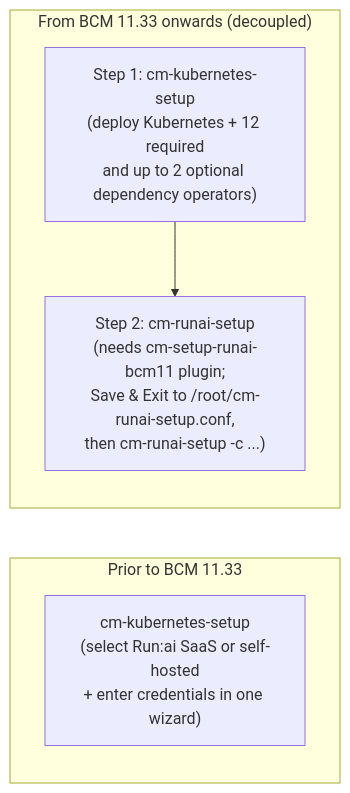
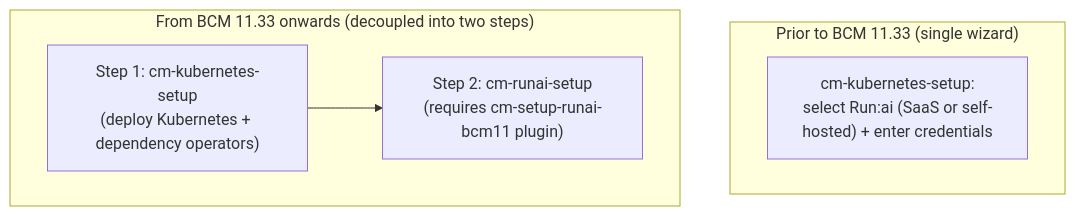
The third of 3 diagrams in docs/part-08-bcm/16-mission-control-dgx-cloud-and-autonomous-recovery-concepts.md (jithinpnjm/ai-infra-handbook), drawn with Mermaid before and after one commit. The commit also changed other lines of this file and 77 other files, not shown here.

````diff
--- a/docs/part-08-bcm/16-mission-control-dgx-cloud-and-autonomous-recovery-concepts.md
+++ b/docs/part-08-bcm/16-mission-control-dgx-cloud-and-autonomous-recovery-concepts.md
@@ -195,9 +195,10 @@
 ```mermaid
-flowchart LR
-  subgraph PRE["Prior to BCM 11.33"]
-    K1["cm-kubernetes-setup<br/>(select Run:ai SaaS or self-hosted<br/>+ enter credentials in one wizard)"]
+flowchart TB
+  subgraph PRE["Prior to BCM 11.33 (single wizard)"]
+    K1["cm-kubernetes-setup:<br/>select Run:ai (SaaS or self-hosted) + enter credentials"]
   end
-  subgraph POST["From BCM 11.33 onwards (decoupled)"]
-    K2["Step 1: cm-kubernetes-setup<br/>(deploy Kubernetes + 12 required<br/>and up to 2 optional dependency operators)"] --> R2["Step 2: cm-runai-setup<br/>(needs cm-setup-runai-bcm11 plugin;<br/>Save & Exit to /root/cm-runai-setup.conf,<br/>then cm-runai-setup -c ...)"]
+  subgraph POST["From BCM 11.33 onwards (decoupled into two steps)"]
+    direction LR
+    K2["Step 1: cm-kubernetes-setup<br/>(deploy Kubernetes + dependency operators)"] --> R2["Step 2: cm-runai-setup<br/>(requires cm-setup-runai-bcm11 plugin)"]
   end
 ```
````
